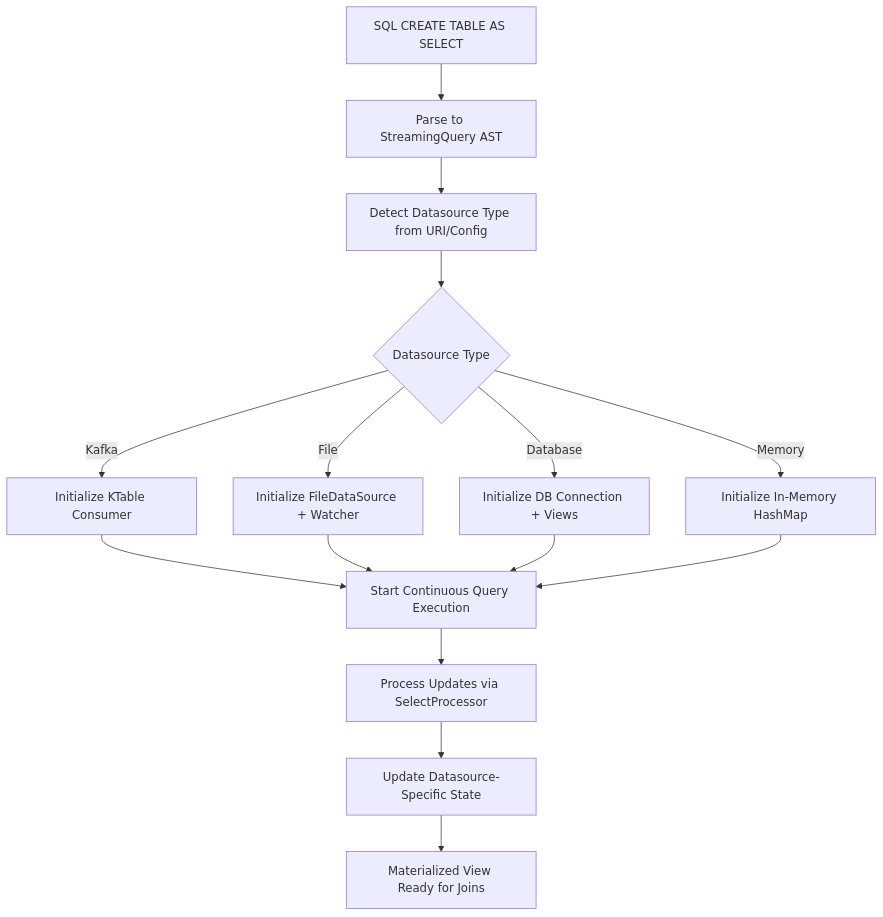
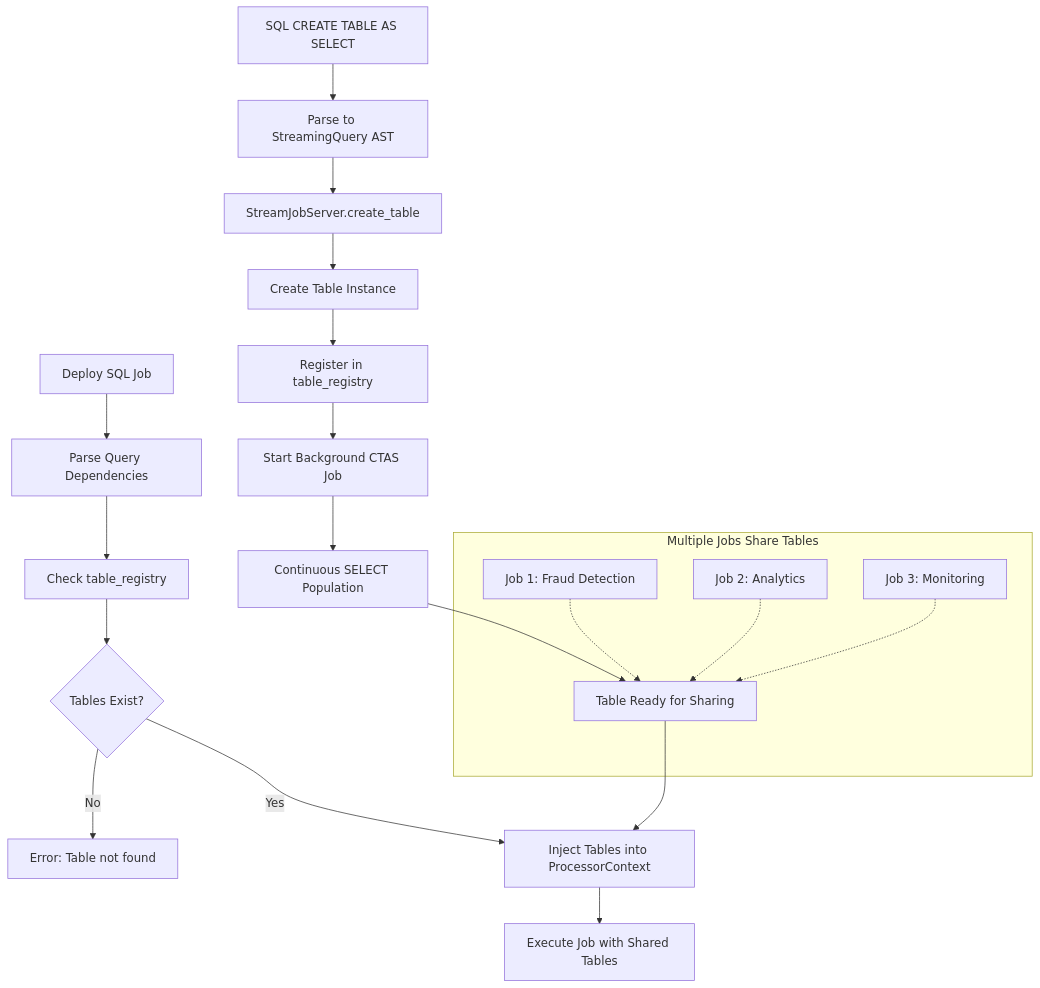
Before and after one commit to velostreamai/velostream: the diagram in docs/architecture/sql-table-ktable-architecture.md, drawn with Mermaid. The commit also changed other lines of this file and 1 other file, not shown here.

````diff
--- a/docs/architecture/sql-table-ktable-architecture.md
+++ b/docs/architecture/sql-table-ktable-architecture.md
@@ -210,17 +250,28 @@
 ```mermaid
 graph TD
     A[SQL CREATE TABLE AS SELECT] --> B[Parse to StreamingQuery AST]
-    B --> C[Detect Datasource Type from URI/Config]
-    C --> D{Datasource Type}
-    D -->|Kafka| E[Initialize KTable Consumer]
-    D -->|File| F[Initialize FileDataSource + Watcher]  
-    D -->|Database| G[Initialize DB Connection + Views]
-    D -->|Memory| H[Initialize In-Memory HashMap]
-    E --> I[Start Continuous Query Execution]
-    F --> I
-    G --> I
-    H --> I
-    I --> J[Process Updates via SelectProcessor]
-    J --> K[Update Datasource-Specific State]
-    K --> L[Materialized View Ready for Joins]
+    B --> C[StreamJobServer.create_table]
+    C --> D[Create Table Instance]
+    D --> E[Register in table_registry]
+    E --> F[Start Background CTAS Job]
+    F --> G[Continuous SELECT Population]
+    G --> H[Table Ready for Sharing]
+
+    I[Deploy SQL Job] --> J[Parse Query Dependencies]
+    J --> K[Check table_registry]
+    K --> L{Tables Exist?}
+    L -->|No| M[Error: Table not found]
+    L -->|Yes| N[Inject Tables into ProcessorContext]
+    N --> O[Execute Job with Shared Tables]
+
+    H --> N
+
+    subgraph "Multiple Jobs Share Tables"
+        P[Job 1: Fraud Detection]
+        Q[Job 2: Analytics]
+        R[Job 3: Monitoring]
+        P -.-> H
+        Q -.-> H
+        R -.-> H
+    end
 ```
````
